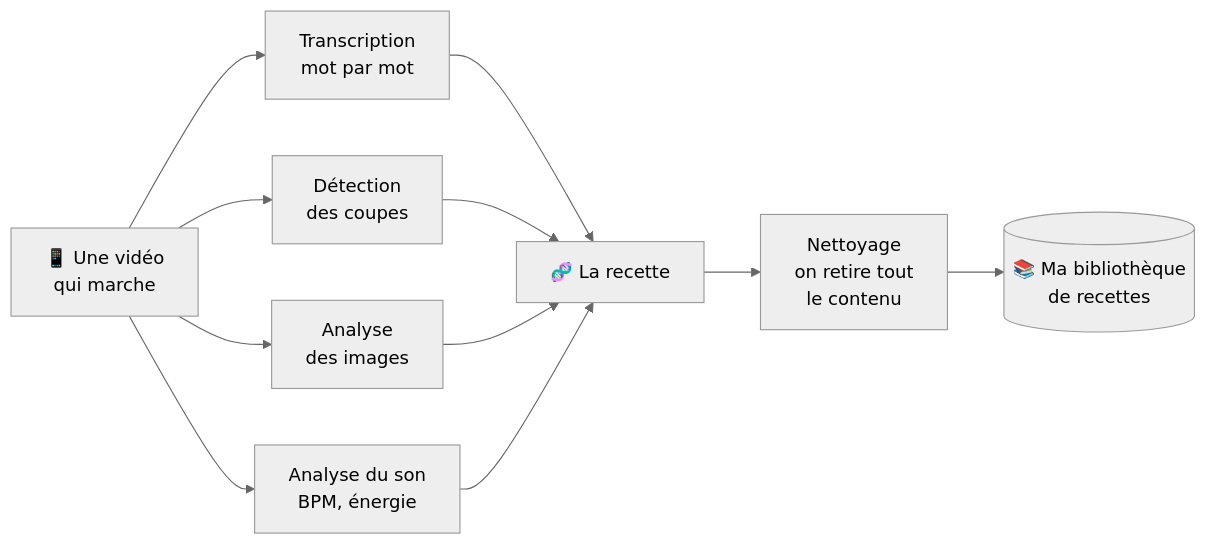
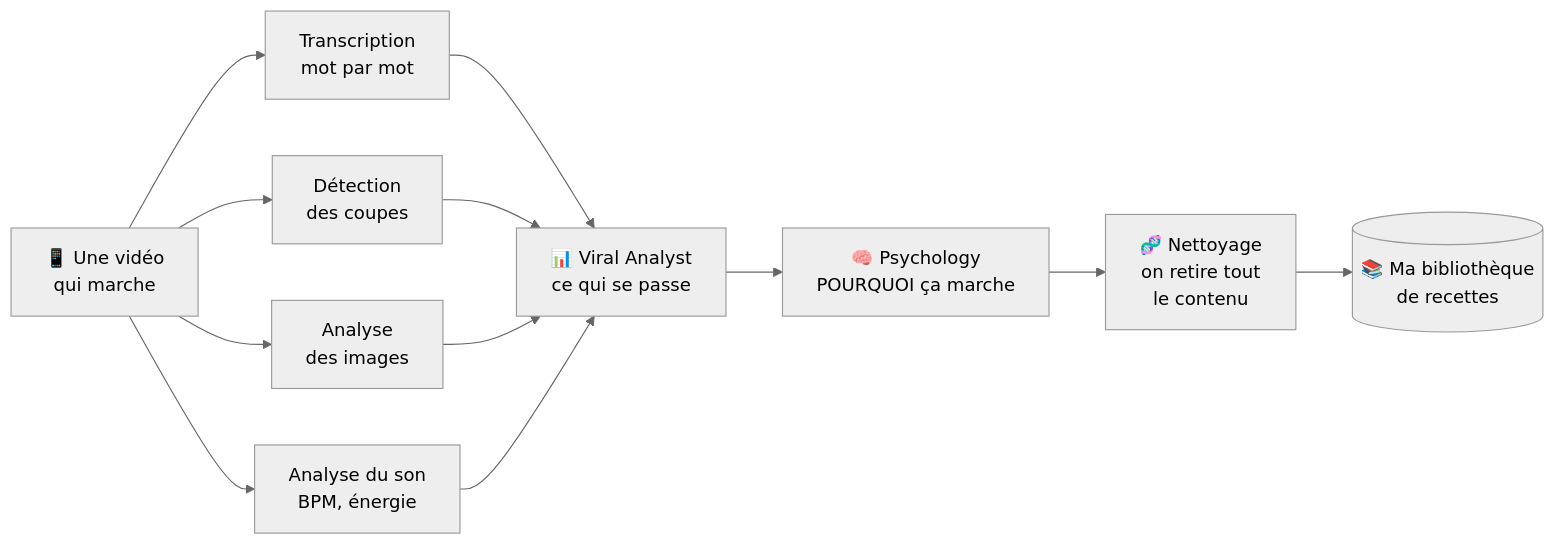
The third of 4 diagrams in docs/01-comment-ca-marche.md (tmassinissa93260-png/Pronotedz-), drawn with Mermaid (neutral theme) before and after one commit. The commit also changed other lines of this file and 7 other files, not shown here.

````diff
--- a/docs/01-comment-ca-marche.md
+++ b/docs/01-comment-ca-marche.md
@@ -85,10 +88,11 @@
 ```mermaid
 flowchart LR
     V["📱 Une vidéo<br/>qui marche"] --> M1["Transcription<br/>mot par mot"]
     V --> M2["Détection<br/>des coupes"]
     V --> M3["Analyse<br/>des images"]
     V --> M4["Analyse du son<br/>BPM, énergie"]
-    M1 & M2 & M3 & M4 --> R["🧬 La recette"]
-    R --> N["Nettoyage<br/>on retire tout<br/>le contenu"]
+    M1 & M2 & M3 & M4 --> R["📊 Viral Analyst<br/>ce qui se passe"]
+    R --> PS["🧠 Psychology<br/>POURQUOI ça marche"]
+    PS --> N["🧬 Nettoyage<br/>on retire tout<br/>le contenu"]
     N --> BIB[("📚 Ma bibliothèque<br/>de recettes")]
 ```
````
